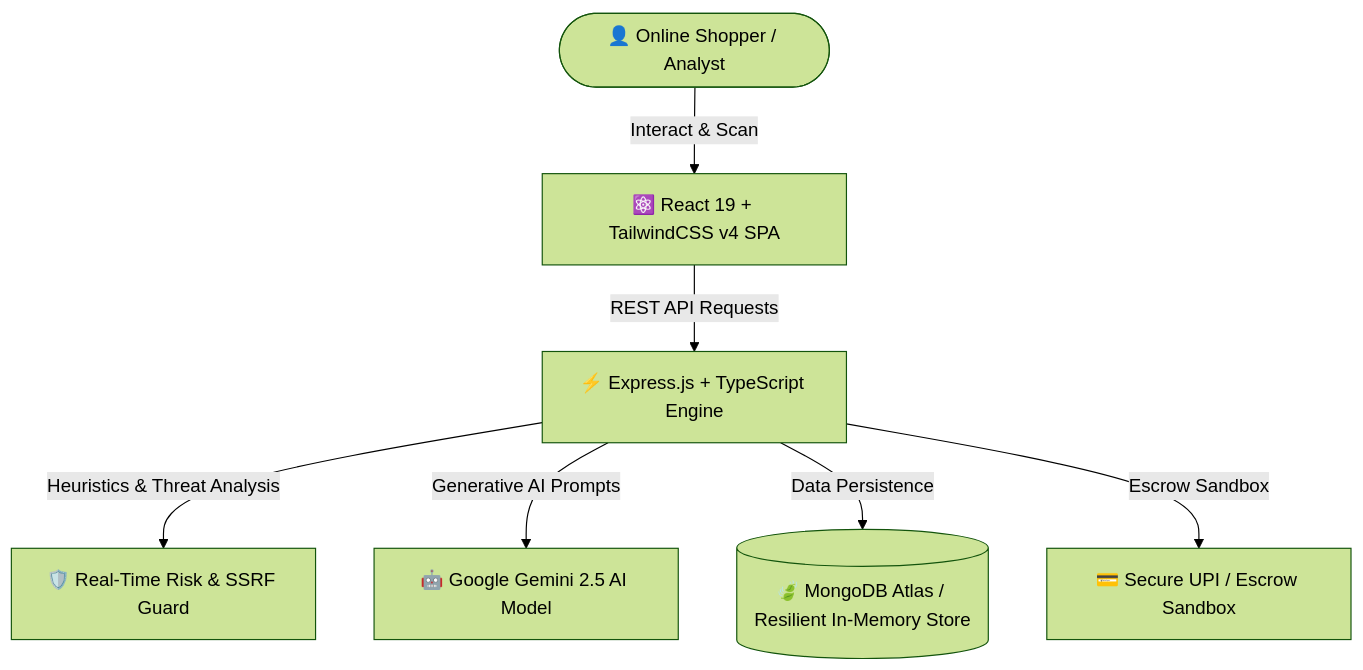
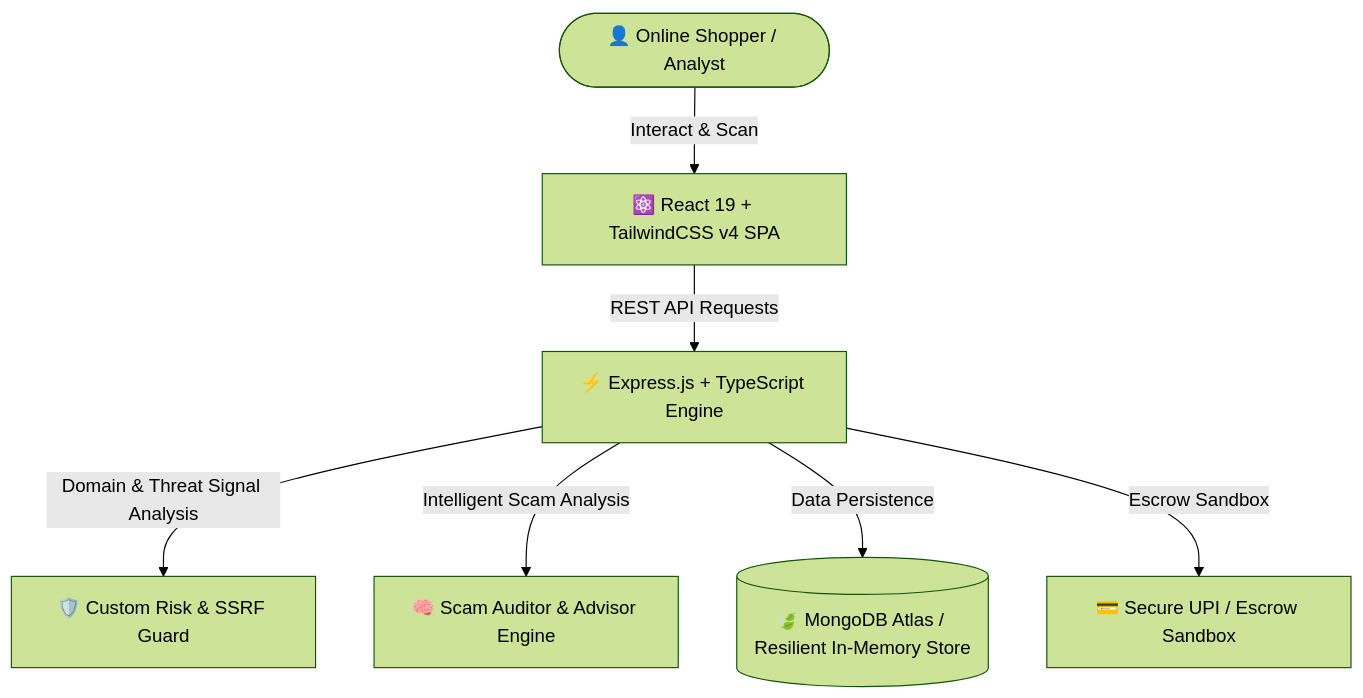
The diagram in README.md (deepika84284-ship-it/safe), drawn with Mermaid (forest theme) before and after one commit. The commit also changed other lines of this file, not shown here.

Commit message:
docs: refine README to present pure full-stack platform architecture and engineering

````diff
--- a/README.md
+++ b/README.md
@@ -65,10 +64,10 @@
 ```mermaid
 graph TD
     User([👤 Online Shopper / Analyst]) -->|Interact & Scan| Frontend[⚛️ React 19 + TailwindCSS v4 SPA]
     Frontend -->|REST API Requests| Backend[⚡ Express.js + TypeScript Engine]
     
-    Backend -->|Heuristics & Threat Analysis| RiskEngine[🛡️ Real-Time Risk & SSRF Guard]
-    Backend -->|Generative AI Prompts| GeminiAI[🤖 Google Gemini 2.5 AI Model]
+    Backend -->|Domain & Threat Signal Analysis| RiskEngine[🛡️ Custom Risk & SSRF Guard]
+    Backend -->|Intelligent Scam Analysis| AssistantEngine[🧠 Scam Auditor & Advisor Engine]
     Backend -->|Data Persistence| DB[(🍃 MongoDB Atlas / Resilient In-Memory Store)]
     Backend -->|Escrow Sandbox| Payment[💳 Secure UPI / Escrow Sandbox]
 ```
````
